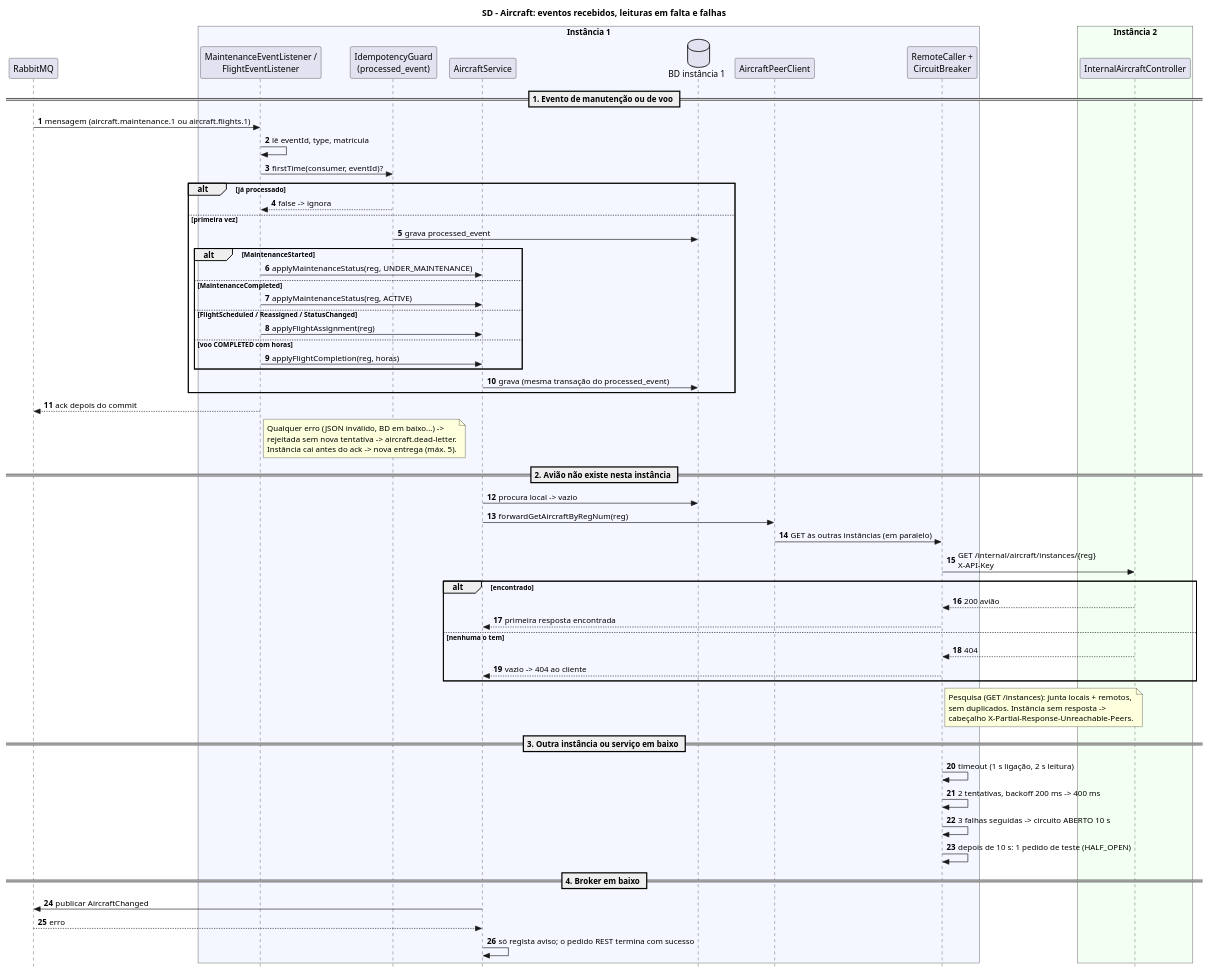
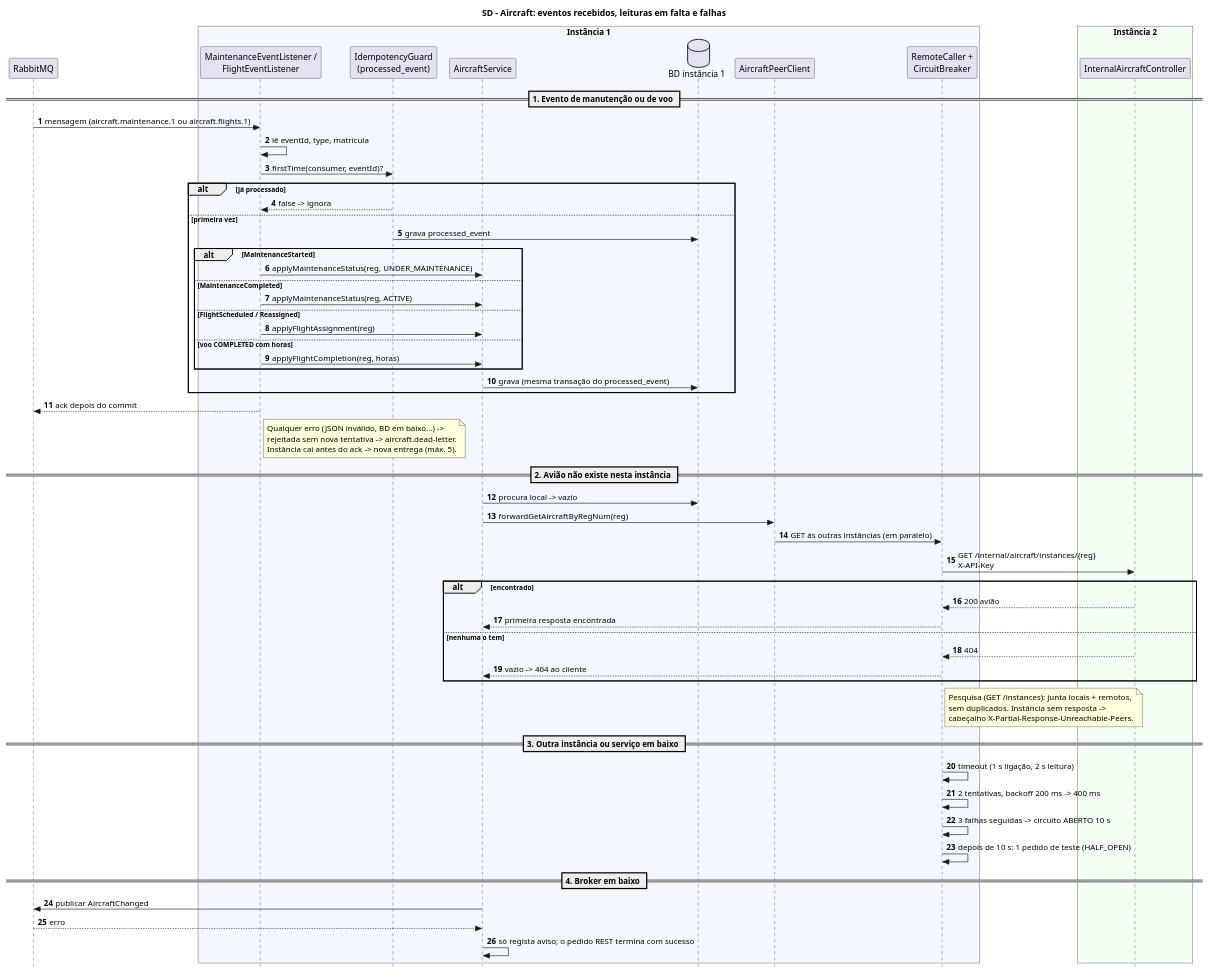
Before and after one commit to anamartasilvaa/SIDIG_AI_Safe: the diagram in Services/Aircraft/docs/E2/sd-aircraft-events-and-failures.puml, drawn with PlantUML. The commit also changed 15 other files, not shown here.

Commit message:
update aircraft and maintenance diagrams

```diff
--- a/Services/Aircraft/docs/E2/sd-aircraft-events-and-failures.puml
+++ b/Services/Aircraft/docs/E2/sd-aircraft-events-and-failures.puml
@@ -1,73 +1,73 @@
 @startuml sd-aircraft-events-and-failures
 skinparam style strictuml
 autonumber
 title SD - Aircraft: eventos recebidos, leituras em falta e falhas
 
 participant "RabbitMQ" as MQ
 box "Instância 1" #F4F7FF
 participant "MaintenanceEventListener /\nFlightEventListener" as L
 participant "IdempotencyGuard\n(processed_event)" as G
 participant "AircraftService" as Svc
 database "BD instância 1" as DB
 participant "AircraftPeerClient" as Peer
 participant "RemoteCaller +\nCircuitBreaker" as RC
 end box
 box "Instância 2" #F4FFF4
 participant "InternalAircraftController" as Int2
 end box
 
 == 1. Evento de manutenção ou de voo ==
 MQ -> L : mensagem (aircraft.maintenance.1 ou aircraft.flights.1)
 L -> L : lê eventId, type, matrícula
 L -> G : firstTime(consumer, eventId)?
 alt já processado
   G --> L : false -> ignora
 else primeira vez
   G -> DB : grava processed_event
   alt MaintenanceStarted
     L -> Svc : applyMaintenanceStatus(reg, UNDER_MAINTENANCE)
   else MaintenanceCompleted
     L -> Svc : applyMaintenanceStatus(reg, ACTIVE)
-  else FlightScheduled / Reassigned / StatusChanged
+  else FlightScheduled / Reassigned
     L -> Svc : applyFlightAssignment(reg)
   else voo COMPLETED com horas
     L -> Svc : applyFlightCompletion(reg, horas)
   end
   Svc -> DB : grava (mesma transação do processed_event)
 end
 L --> MQ : ack depois do commit
 note right of L
   Qualquer erro (JSON inválido, BD em baixo...) ->
   rejeitada sem nova tentativa -> aircraft.dead-letter.
   Instância cai antes do ack -> nova entrega (máx. 5).
 end note
 
 == 2. Avião não existe nesta instância ==
 Svc -> DB : procura local -> vazio
 Svc -> Peer : forwardGetAircraftByRegNum(reg)
 Peer -> RC : GET às outras instâncias (em paralelo)
 RC -> Int2 : GET /internal/aircraft/instances/{reg}\nX-API-Key
 alt encontrado
   Int2 --> RC : 200 avião
   RC --> Svc : primeira resposta encontrada
 else nenhuma o tem
   Int2 --> RC : 404
   RC --> Svc : vazio -> 404 ao cliente
 end
 note right of RC
   Pesquisa (GET /instances): junta locais + remotos,
   sem duplicados. Instância sem resposta ->
   cabeçalho X-Partial-Response-Unreachable-Peers.
 end note
 
 == 3. Outra instância ou serviço em baixo ==
 RC -> RC : timeout (1 s ligação, 2 s leitura)
 RC -> RC : 2 tentativas, backoff 200 ms -> 400 ms
 RC -> RC : 3 falhas seguidas -> circuito ABERTO 10 s
 RC -> RC : depois de 10 s: 1 pedido de teste (HALF_OPEN)
 
 == 4. Broker em baixo ==
 Svc -> MQ : publicar AircraftChanged
 MQ --> Svc : erro
 Svc -> Svc : só regista aviso; o pedido REST termina com sucesso
 @enduml
```
